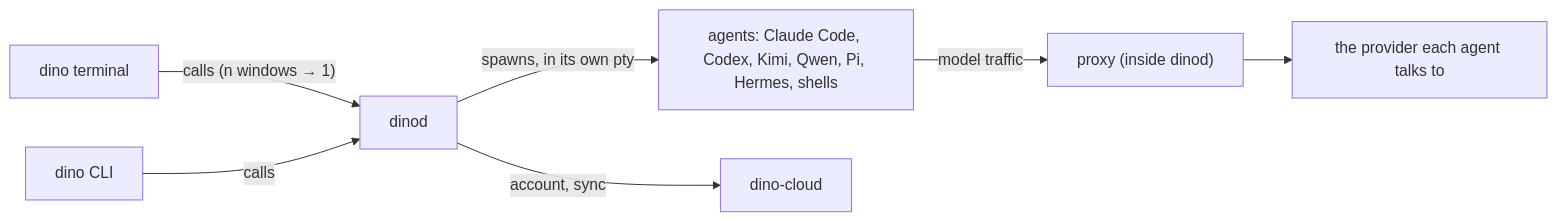
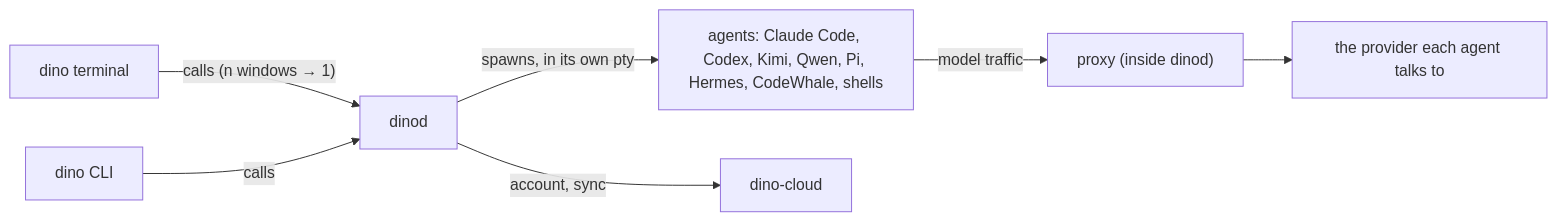
One commit to eddyflores100-lang/dino changed the diagram in ARCHITECTURE.md. Above: the diagram before and after it, drawn with Mermaid. The commit also changed 19 other files, not shown here.

Commit message:
CodeWhale: start, status from its own files, resume, sessions on this Mac, take-over, a provider's model

````diff
--- a/ARCHITECTURE.md
+++ b/ARCHITECTURE.md
@@ -33,9 +33,9 @@
 ```mermaid
 flowchart LR
   T["dino terminal"] -- "calls (n windows → 1)" --> D["dinod"]
   CLI["dino CLI"] -- "calls" --> D
-  D -- "spawns, in its own pty" --> A["agents: Claude Code, Codex, Kimi, Qwen, Pi, Hermes, shells"]
+  D -- "spawns, in its own pty" --> A["agents: Claude Code, Codex, Kimi, Qwen, Pi, Hermes, CodeWhale, shells"]
   A -- "model traffic" --> P["proxy (inside dinod)"]
   P --> M["the provider each agent talks to"]
   D -- "account, sync" --> C["dino-cloud"]
 ```
````
